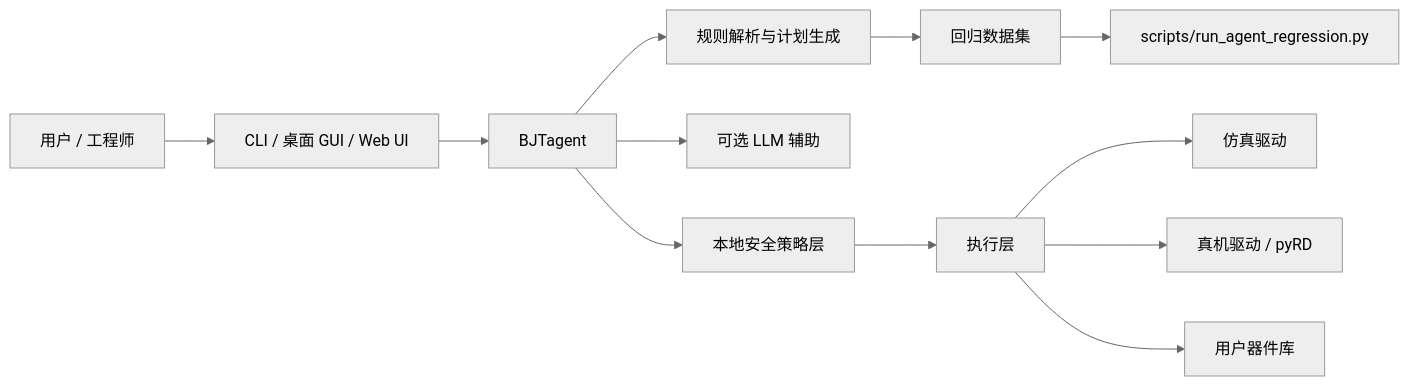
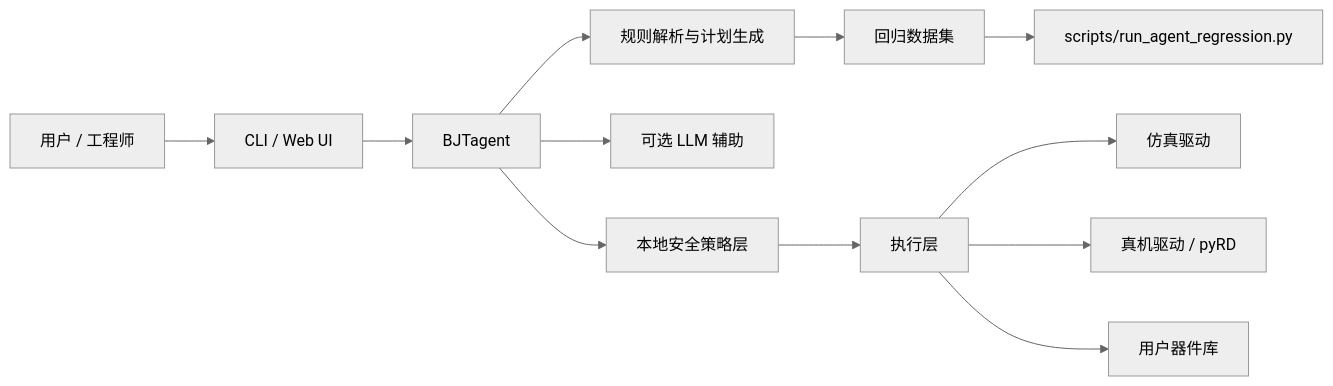
One commit to helalove0812-source/bjt-copilot-agent changed the first of 2 diagrams in README.md. Above: the diagram before and after it, drawn with Mermaid (neutral theme). The commit also changed other lines of this file and 44 other files, not shown here.

````diff
--- a/README.md
+++ b/README.md
@@ -28,14 +28,14 @@
 ```mermaid
 flowchart LR
-    U[用户 / 工程师] --> CLI[CLI / 桌面 GUI / Web UI]
+    U[用户 / 工程师] --> CLI[CLI / Web UI]
     CLI --> AGENT[BJTagent]
     AGENT --> RULES[规则解析与计划生成]
     AGENT --> LLM[可选 LLM 辅助]
     AGENT --> SAFETY[本地安全策略层]
     SAFETY --> EXEC[执行层]
     EXEC --> SIM[仿真驱动]
     EXEC --> HW[真机驱动 / pyRD]
     EXEC --> LIB[用户器件库]
     RULES --> DATA[回归数据集]
     DATA --> REG[scripts/run_agent_regression.py]
 ```
````
